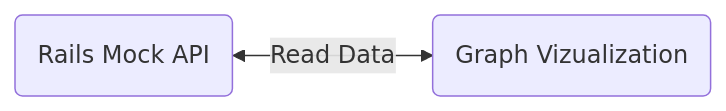
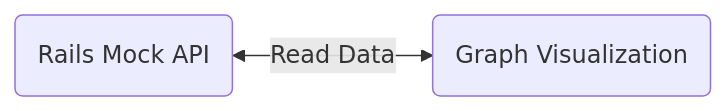
One commit to THP-Lab/thp-lab.github.io changed the third of 4 diagrams in blog/Intuition.md. Above: the diagram before and after it, drawn with Mermaid. The commit also changed other lines of this file and 1 other file, not shown here.

````diff
--- a/blog/Intuition.md
+++ b/blog/Intuition.md
@@ -84,4 +84,4 @@
 ```mermaid
 flowchart LR;
-   A(Rails Mock API ) <--Read Data -->B(Graph Vizualization);
+   A(Rails Mock API ) <--Read Data -->B(Graph Visualization);
 ```
````
